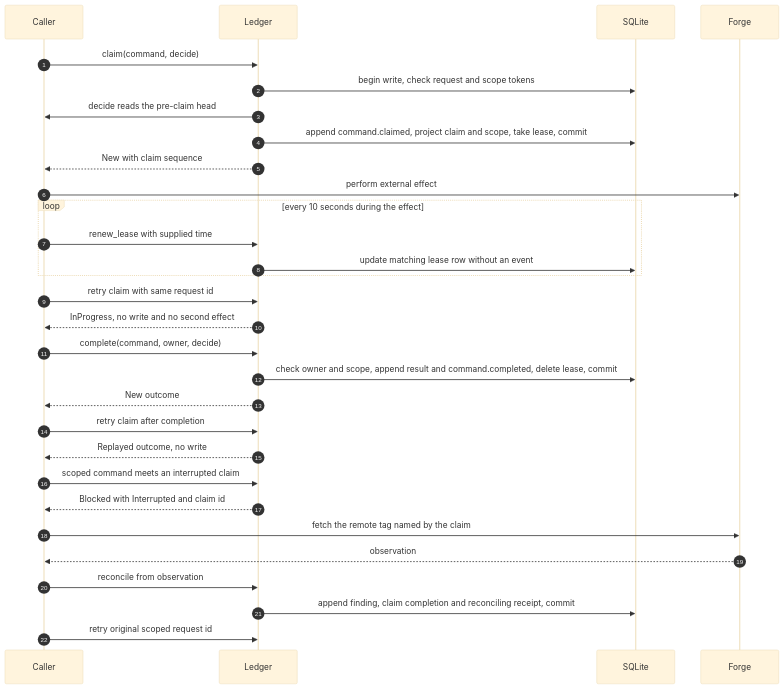
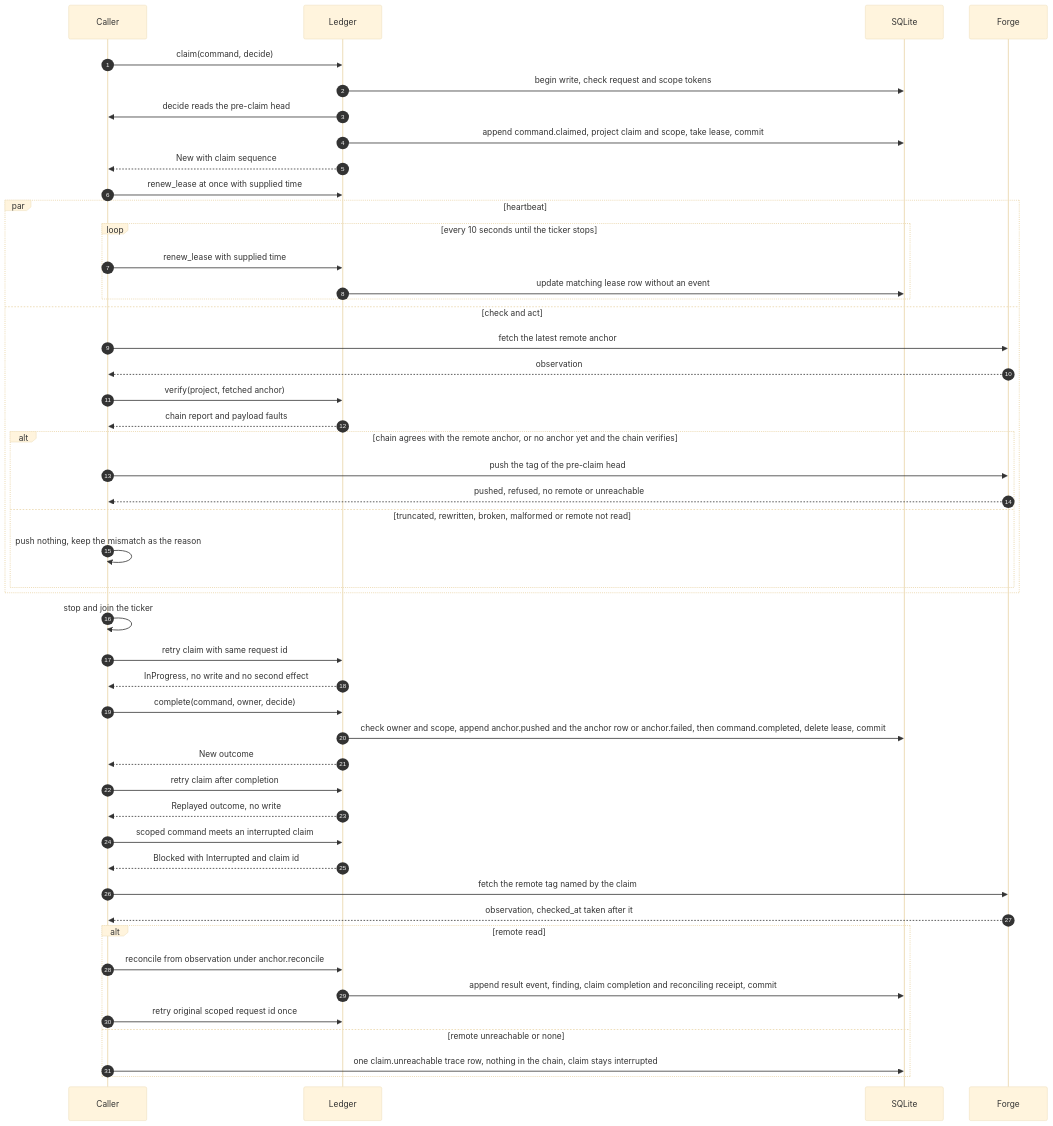
The sixth of 13 diagrams in docs/design/0001-evidence-ledger.md (crenshawdev/baley), drawn with Mermaid (base theme) before and after one commit. The commit also changed other lines of this file and 1 other file, not shown here.

First line of the commit message:
docs(design): describe the anchor push, verify and the anchor row as built

````diff
--- a/docs/design/0001-evidence-ledger.md
+++ b/docs/design/0001-evidence-ledger.md
@@ -419,32 +446,50 @@
 ```mermaid
 sequenceDiagram
   autonumber
   participant C as Caller
   participant L as Ledger
   participant Q as SQLite
   participant F as Forge
   C->>L: claim(command, decide)
   L->>Q: begin write, check request and scope tokens
   L->>C: decide reads the pre-claim head
   L->>Q: append command.claimed, project claim and scope, take lease, commit
   L-->>C: New with claim sequence
-  C->>F: perform external effect
-  loop every 10 seconds during the effect
-    C->>L: renew_lease with supplied time
-    L->>Q: update matching lease row without an event
+  C->>L: renew_lease at once with supplied time
+  par heartbeat
+    loop every 10 seconds until the ticker stops
+      C->>L: renew_lease with supplied time
+      L->>Q: update matching lease row without an event
+    end
+  and check and act
+    C->>F: fetch the latest remote anchor
+    F-->>C: observation
+    C->>L: verify(project, fetched anchor)
+    L-->>C: chain report and payload faults
+    alt chain agrees with the remote anchor, or no anchor yet and the chain verifies
+      C->>F: push the tag of the pre-claim head
+      F-->>C: pushed, refused, no remote or unreachable
+    else truncated, rewritten, broken, malformed or remote not read
+      C->>C: push nothing, keep the mismatch as the reason
+    end
   end
+  C->>C: stop and join the ticker
   C->>L: retry claim with same request id
   L-->>C: InProgress, no write and no second effect
   C->>L: complete(command, owner, decide)
-  L->>Q: check owner and scope, append result and command.completed, delete lease, commit
+  L->>Q: check owner and scope, append anchor.pushed and the anchor row or anchor.failed, then command.completed, delete lease, commit
   L-->>C: New outcome
   C->>L: retry claim after completion
   L-->>C: Replayed outcome, no write
   C->>L: scoped command meets an interrupted claim
   L-->>C: Blocked with Interrupted and claim id
   C->>F: fetch the remote tag named by the claim
-  F-->>C: observation
-  C->>L: reconcile from observation
-  L->>Q: append finding, claim completion and reconciling receipt, commit
-  C->>L: retry original scoped request id
+  F-->>C: observation, checked_at taken after it
+  alt remote read
+    C->>L: reconcile from observation under anchor.reconcile
+    L->>Q: append result event, finding, claim completion and reconciling receipt, commit
+    C->>L: retry original scoped request id once
+  else remote unreachable or none
+    C->>Q: one claim.unreachable trace row, nothing in the chain, claim stays interrupted
+  end
 ```
````
